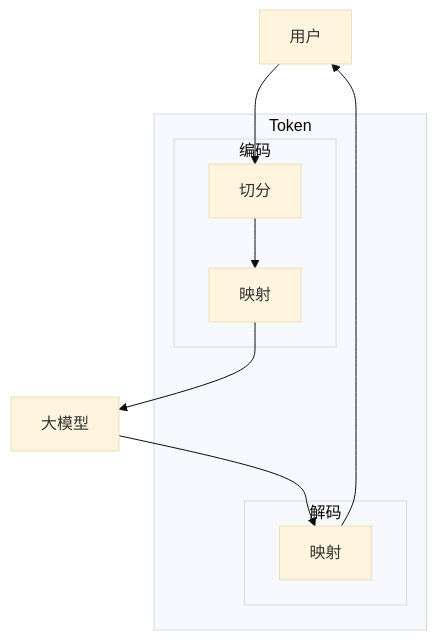
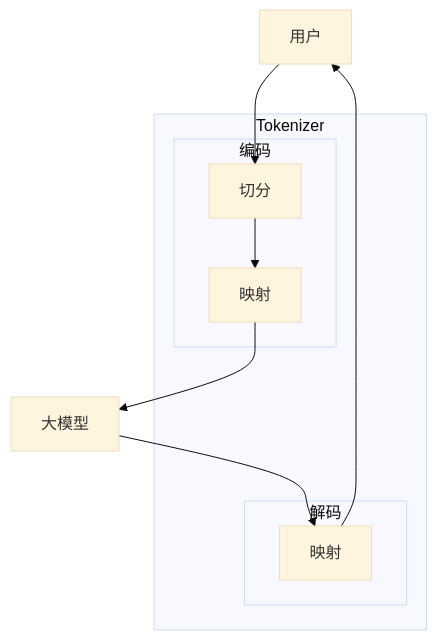
One commit to wangxiaoqi0123/iodraw-files changed the diagram in all/未命名.md. Above: the diagram before and after it, drawn with Mermaid (base theme).

Commit message:
2026-04-09 16:56:05 update

````diff
--- a/all/未命名.md
+++ b/all/未命名.md
@@ -1,28 +1,28 @@
 ```mermaid
 flowchart 
     U[用户]
     M[大模型]
 
     %% 外层包裹：文本处理阶段
-    subgraph Pipeline[Token]
+    subgraph Pipeline[Tokenizer]
         
         %% 编码模块
         subgraph Encoder[编码]
             E1[切分]
             E2[映射]
         end
 
         %% 解码模块
         subgraph Decoder[解码]
             D1[映射]
         end
 
     end
 
     %% 流程连接
-    U --> E1
+    U --> E1 
     E1 --> E2
     E2 --> M
     M --> D1
     D1 --> U
 ```
````
